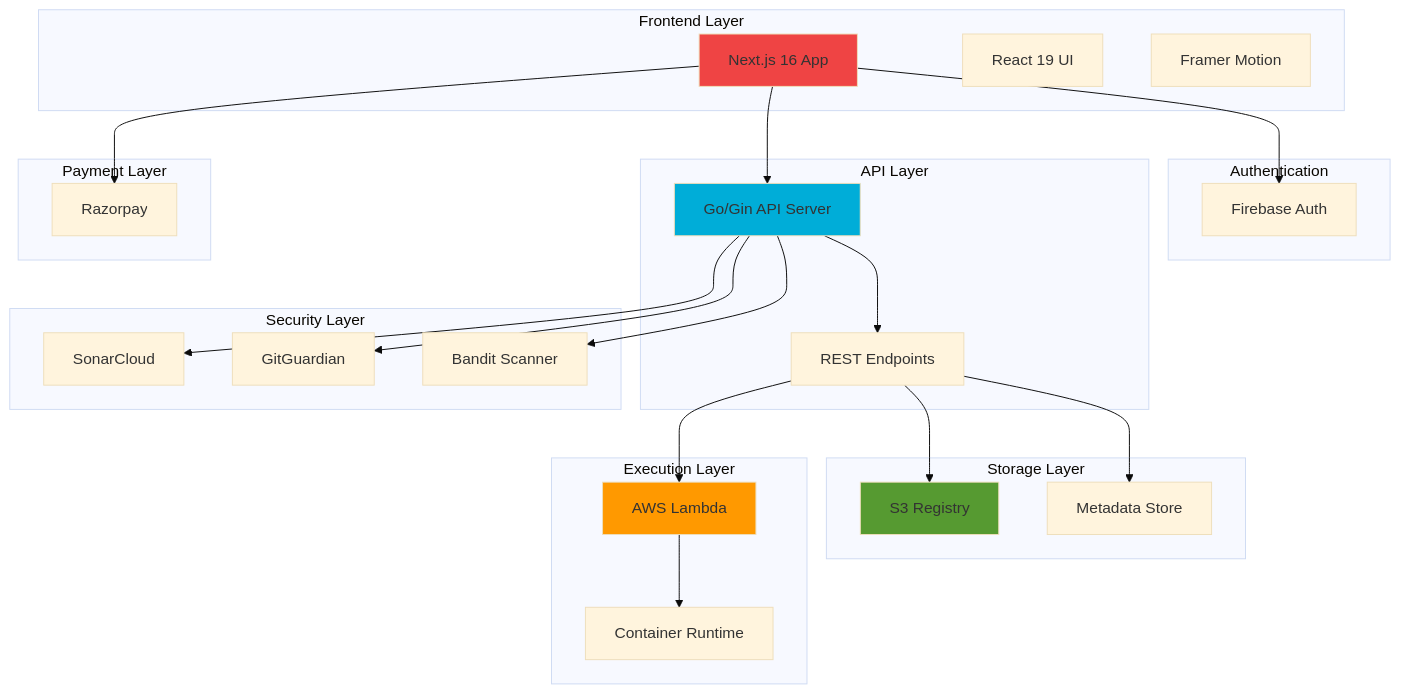
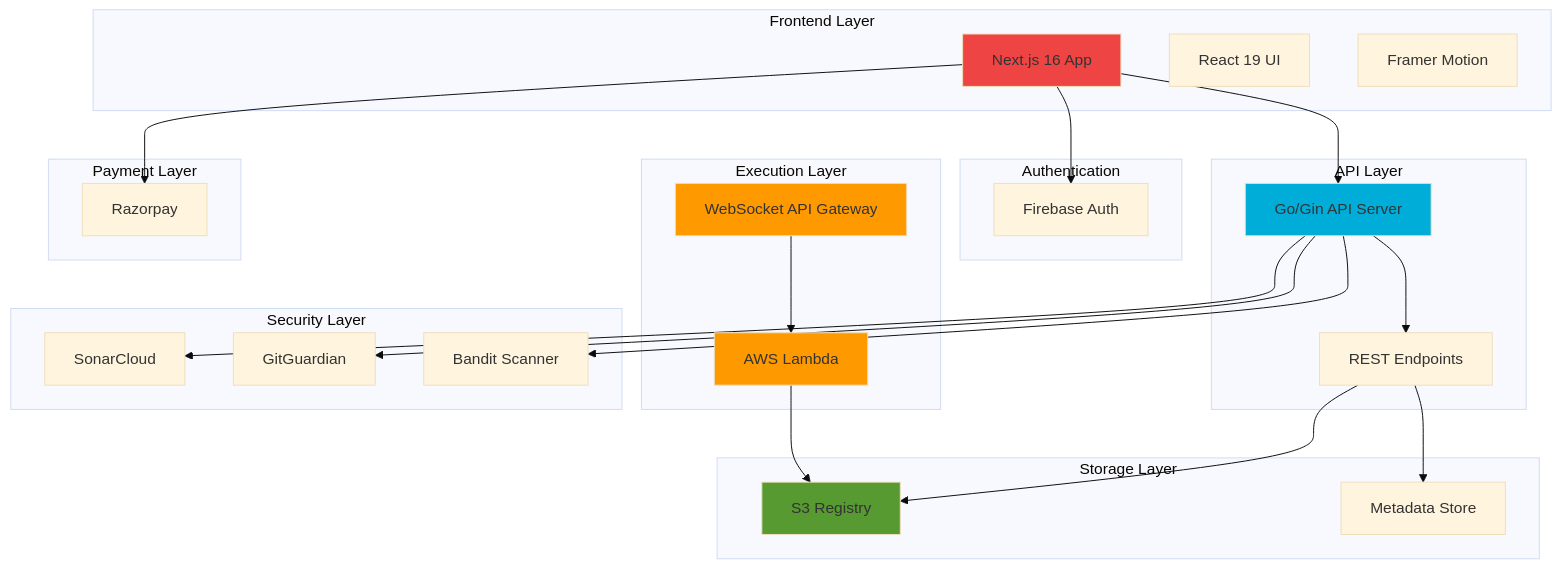
One commit to areebahmeddd/SuperBox-FE changed the first of 6 diagrams in docs/architecture.mdx. Above: the diagram before and after it, drawn with Mermaid (base theme). The commit also changed other lines of this file and 33 other files, not shown here.

````diff
--- a/docs/architecture.mdx
+++ b/docs/architecture.mdx
@@ -9,54 +9,55 @@
 ```mermaid
 graph TB
     subgraph "Frontend Layer"
         A[Next.js 16 App]
         B[React 19 UI]
         C[Framer Motion]
     end
 
     subgraph "Authentication"
         D[Firebase Auth]
     end
 
     subgraph "API Layer"
         E[Go/Gin API Server]
         F[REST Endpoints]
     end
 
     subgraph "Storage Layer"
         G[S3 Registry]
         H[Metadata Store]
     end
 
     subgraph "Execution Layer"
-        I[AWS Lambda]
-        J[Container Runtime]
+        I[WebSocket API Gateway]
+        J[AWS Lambda]
     end
 
     subgraph "Security Layer"
         K[SonarCloud]
         L[GitGuardian]
         M[Bandit Scanner]
     end
 
     subgraph "Payment Layer"
         N[Razorpay]
     end
 
     A --> D
     A --> E
     E --> F
     F --> G
     F --> H
-    F --> I
     I --> J
+    J --> G
     E --> K
     E --> L
     E --> M
     A --> N
 
     style A fill:#ef4444
     style E fill:#00ADD8
     style I fill:#FF9900
+    style J fill:#FF9900
     style G fill:#569A31
 ```
````
